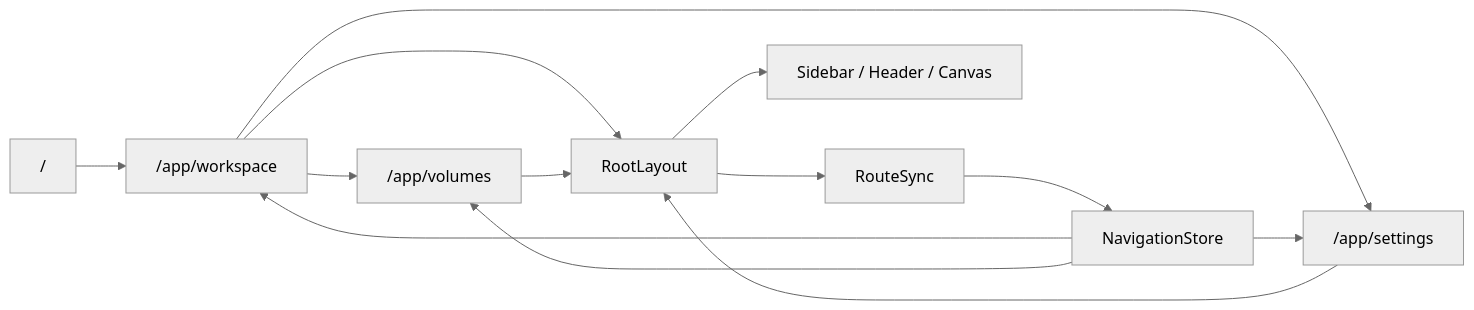
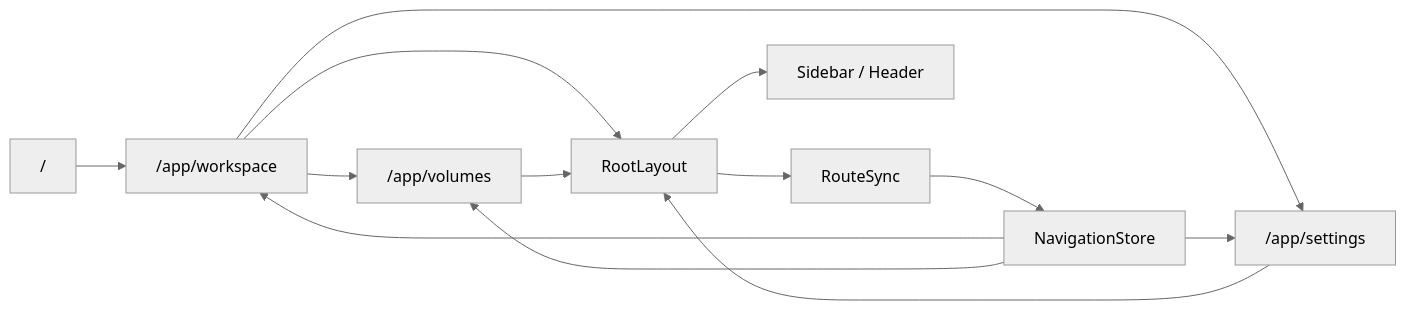
The first of 2 diagrams in docs/explanation/user-flows.md (Qredence/fleet-rlm), drawn with Mermaid (neutral theme) before and after one commit. The commit also changed other lines of this file and 143 other files, not shown here.

````diff
--- a/docs/explanation/user-flows.md
+++ b/docs/explanation/user-flows.md
@@ -12,18 +12,18 @@
 ```mermaid
 flowchart LR
   A["/"] --> B["/app/workspace"]
   B --> C["/app/volumes"]
   B --> D["/app/settings"]
 
   B --> G["RootLayout"]
   C --> G
   D --> G
 
   G --> H["RouteSync"]
-  G --> I["Sidebar / Header / Canvas"]
+  G --> I["Sidebar / Header"]
 
   H --> J["NavigationStore"]
   J --> B
   J --> C
   J --> D
 ```
````
